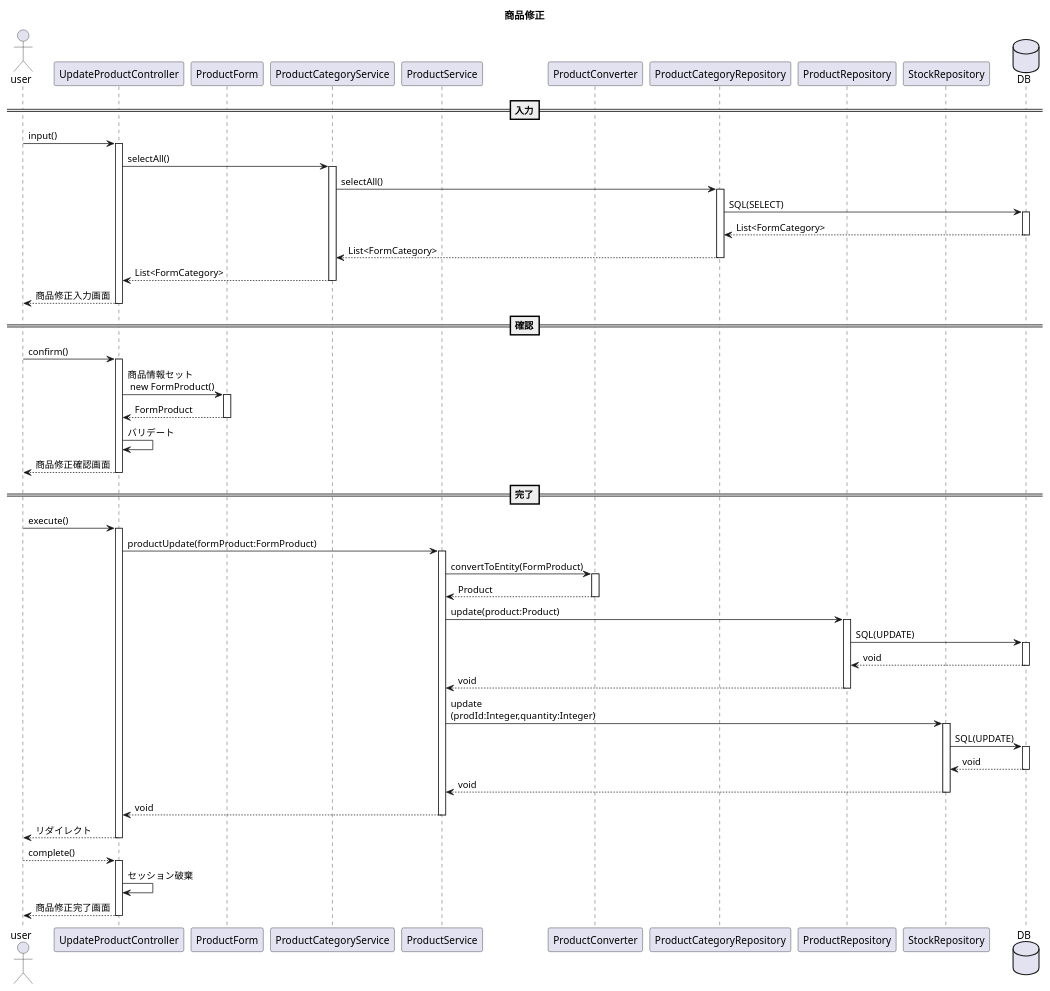
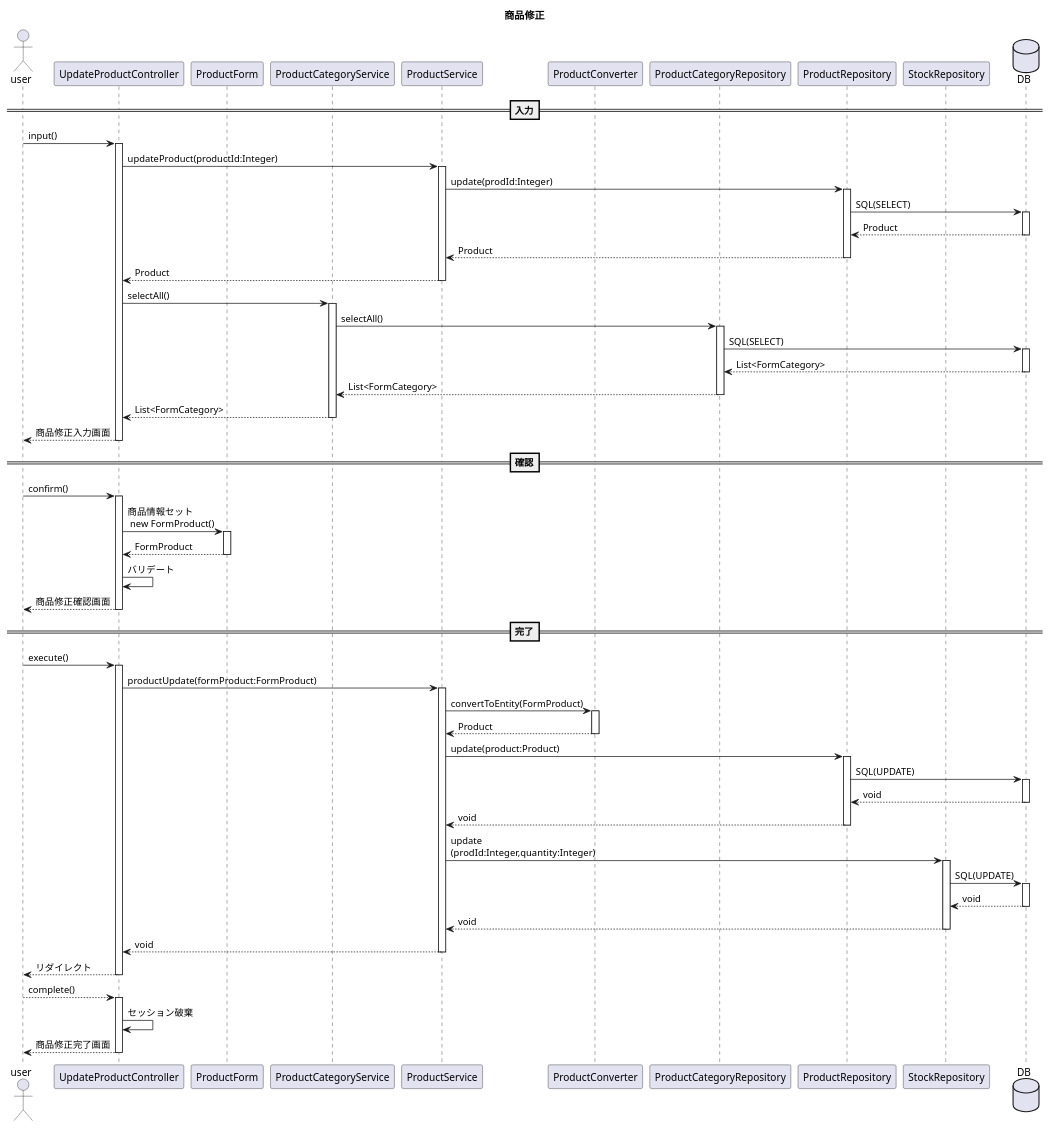
One commit to kanavii3333/ec-b changed the diagram in plan/uml/sequence/uc012.plantuml. Above: the diagram before and after it, drawn with PlantUML.

Commit message:
修正するレコードをDBから取ってくるシーケンス図を追加

```diff
--- a/plan/uml/sequence/uc012.plantuml
+++ b/plan/uml/sequence/uc012.plantuml
@@ -1,48 +1,54 @@
 @startuml
 title 商品修正
 actor user
 participant UpdateProductController as Controller
 participant ProductForm as Form
 participant ProductCategoryService as Service1
 participant ProductService as Service
 participant ProductConverter as Helper
 participant ProductCategoryRepository as Repository
 participant ProductRepository as Repository1
 participant StockRepository as Repository2
 database DB
 
 ==入力==
 user -> Controller++:input()
+Controller -> Service++:updateProduct(productId:Integer)
+Service -> Repository1++:update(prodId:Integer)
+Repository1 -> DB++:SQL(SELECT)
+Repository1 <-- DB--:Product
+Service <-- Repository1--:Product
+Controller <-- Service--:Product
 Controller -> Service1++:selectAll()
 Service1 -> Repository++:selectAll()
 Repository -> DB++:SQL(SELECT)
 Repository <-- DB--:List<FormCategory>
 Service1 <-- Repository--:List<FormCategory>
 Controller <-- Service1--:List<FormCategory>
 user <-- Controller--:商品修正入力画面
 ==確認==
 user -> Controller++:confirm()
 Controller -> Form++:商品情報セット\n new FormProduct()
 Controller <-- Form--:FormProduct
 Controller -> Controller:バリデート
 user <-- Controller--:商品修正確認画面
 ==完了==
 user -> Controller++:execute()
 Controller -> Service++:productUpdate(formProduct:FormProduct)
 Service -> Helper++:convertToEntity(FormProduct)
 Service <-- Helper--:Product
 Service -> Repository1++:update(product:Product)
 Repository1 -> DB++:SQL(UPDATE)
 Repository1 <-- DB--:void
 Service <-- Repository1--:void
 Service -> Repository2++:update\n(prodId:Integer,quantity:Integer)
 Repository2 -> DB++:SQL(UPDATE)
 Repository2 <-- DB--:void
 Service <-- Repository2--:void
 Controller <-- Service--:void
 user <-- Controller--:リダイレクト
 user --> Controller++:complete()
 Controller -> Controller:セッション破棄
 user <-- Controller--:商品修正完了画面
 
 @enduml
```
